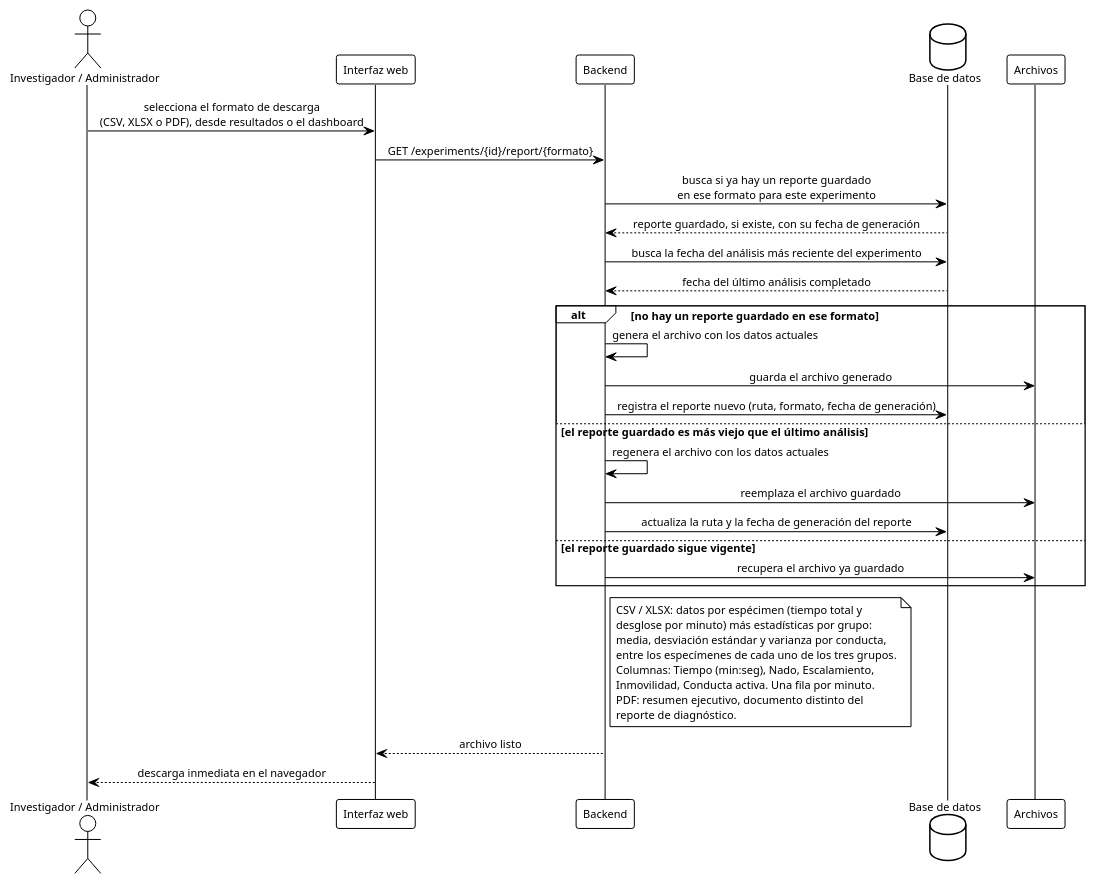
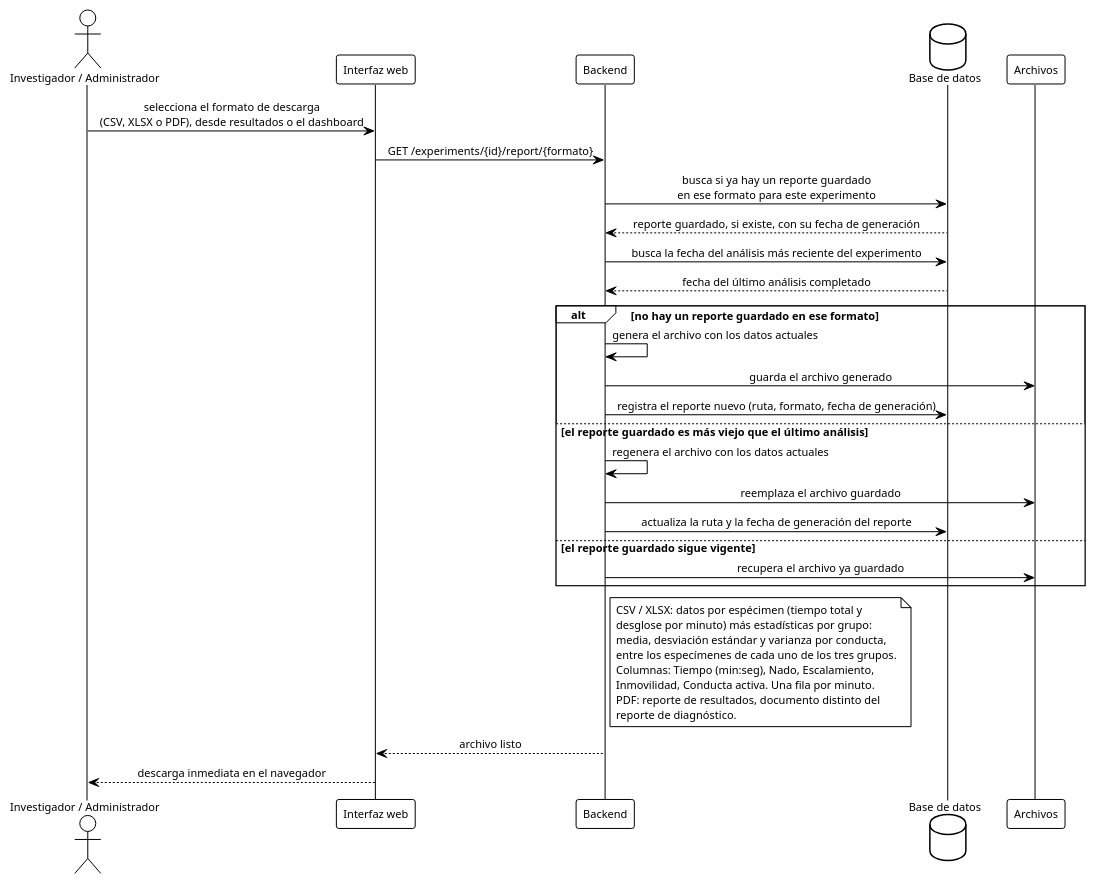
Before and after one commit to ErickJester/fst-ai-system-latex: diagram 36 of 38 in INSTRUCCIONES-WEB.md, drawn with PlantUML. The commit also changed other lines of this file and 2 other files, not shown here.

````diff
--- a/INSTRUCCIONES-WEB.md
+++ b/INSTRUCCIONES-WEB.md
@@ -2477,48 +2488,48 @@
 ```plantuml
 @startuml seq_descarga_reportes
 !theme plain
 skinparam defaultFontName Arial
 skinparam defaultFontSize 11
 skinparam shadowing false
 skinparam sequenceMessageAlign center
 skinparam BoxPadding 10
 actor "Investigador / Administrador" as inv
 participant "Interfaz web" as ui
 participant Backend as api
 database "Base de datos" as db
 participant "Archivos" as fs
 
 inv -> ui: selecciona el formato de descarga\n(CSV, XLSX o PDF), desde resultados o el dashboard
 ui -> api: GET /experiments/{id}/report/{formato}
 api -> db: busca si ya hay un reporte guardado\nen ese formato para este experimento
 db --> api: reporte guardado, si existe, con su fecha de generación
 api -> db: busca la fecha del análisis más reciente del experimento
 db --> api: fecha del último análisis completado
 
 alt no hay un reporte guardado en ese formato
   api -> api: genera el archivo con los datos actuales
   api -> fs: guarda el archivo generado
   api -> db: registra el reporte nuevo (ruta, formato, fecha de generación)
 else el reporte guardado es más viejo que el último análisis
   api -> api: regenera el archivo con los datos actuales
   api -> fs: reemplaza el archivo guardado
   api -> db: actualiza la ruta y la fecha de generación del reporte
 else el reporte guardado sigue vigente
   api -> fs: recupera el archivo ya guardado
 end
 
 note right of api
   CSV / XLSX: datos por espécimen (tiempo total y
   desglose por minuto) más estadísticas por grupo:
   media, desviación estándar y varianza por conducta,
   entre los especímenes de cada uno de los tres grupos.
   Columnas: Tiempo (min:seg), Nado, Escalamiento,
   Inmovilidad, Conducta activa. Una fila por minuto.
-  PDF: resumen ejecutivo, documento distinto del
+  PDF: reporte de resultados, documento distinto del
   reporte de diagnóstico.
 end note
 
 api --> ui: archivo listo
 ui --> inv: descarga inmediata en el navegador
 @enduml
 ```
````
